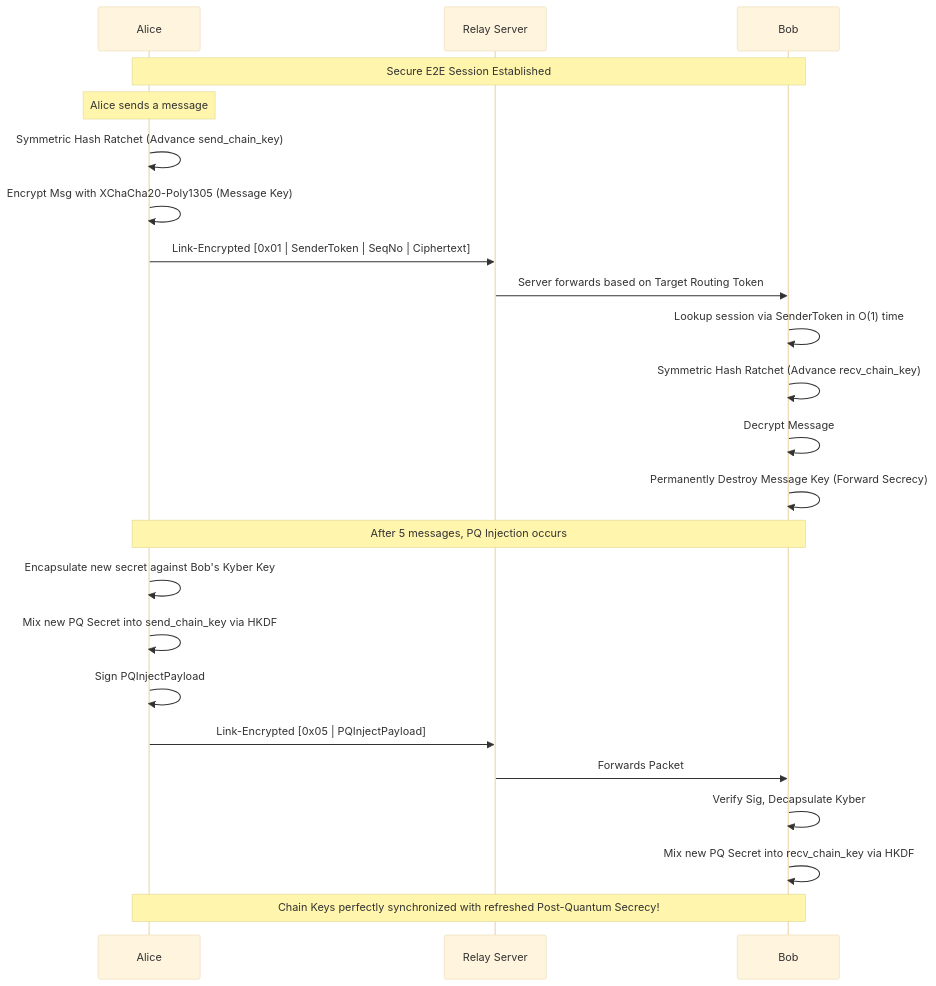
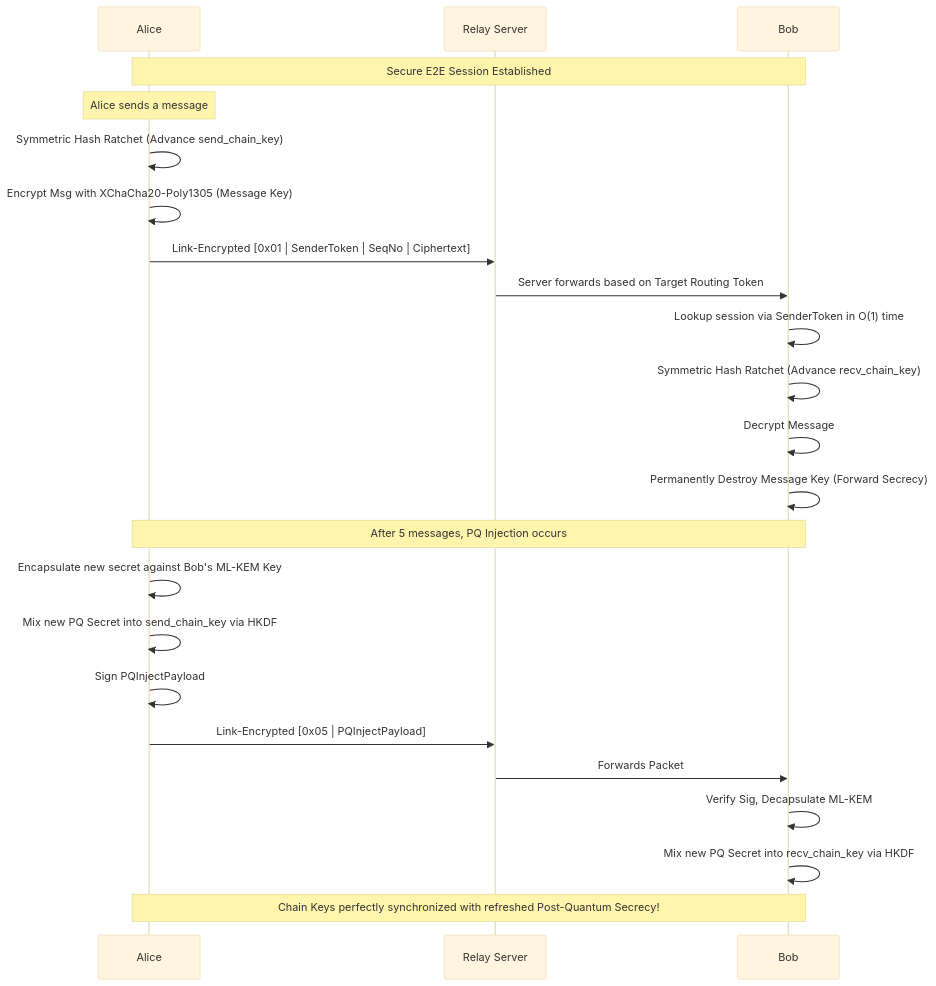
The second of 5 diagrams in documentations/architecture-diagrams.md (Lxadams/Cryptogram), drawn with Mermaid (base theme) before and after one commit. The commit also changed other lines of this file and 22 other files, not shown here.

````diff
--- a/documentations/architecture-diagrams.md
+++ b/documentations/architecture-diagrams.md
@@ -49,30 +49,30 @@
 ```mermaid
 sequenceDiagram
     participant A as Alice
     participant S as Relay Server
     participant B as Bob
 
     Note over A, B: Secure E2E Session Established
 
     Note over A: Alice sends a message
     A->>A: Symmetric Hash Ratchet (Advance send_chain_key)
     A->>A: Encrypt Msg with XChaCha20-Poly1305 (Message Key)
     A->>S: Link-Encrypted [0x01 | SenderToken | SeqNo | Ciphertext]
     
     S->>B: Server forwards based on Target Routing Token
     
     B->>B: Lookup session via SenderToken in O(1) time
     B->>B: Symmetric Hash Ratchet (Advance recv_chain_key)
     B->>B: Decrypt Message
     B->>B: Permanently Destroy Message Key (Forward Secrecy)
 
     Note over A, B: After 5 messages, PQ Injection occurs
-    A->>A: Encapsulate new secret against Bob's Kyber Key
+    A->>A: Encapsulate new secret against Bob's ML-KEM Key
     A->>A: Mix new PQ Secret into send_chain_key via HKDF
     A->>A: Sign PQInjectPayload
     A->>S: Link-Encrypted [0x05 | PQInjectPayload]
     S->>B: Forwards Packet
-    B->>B: Verify Sig, Decapsulate Kyber
+    B->>B: Verify Sig, Decapsulate ML-KEM
     B->>B: Mix new PQ Secret into recv_chain_key via HKDF
     Note over A, B: Chain Keys perfectly synchronized with refreshed Post-Quantum Secrecy!
 ```
````
